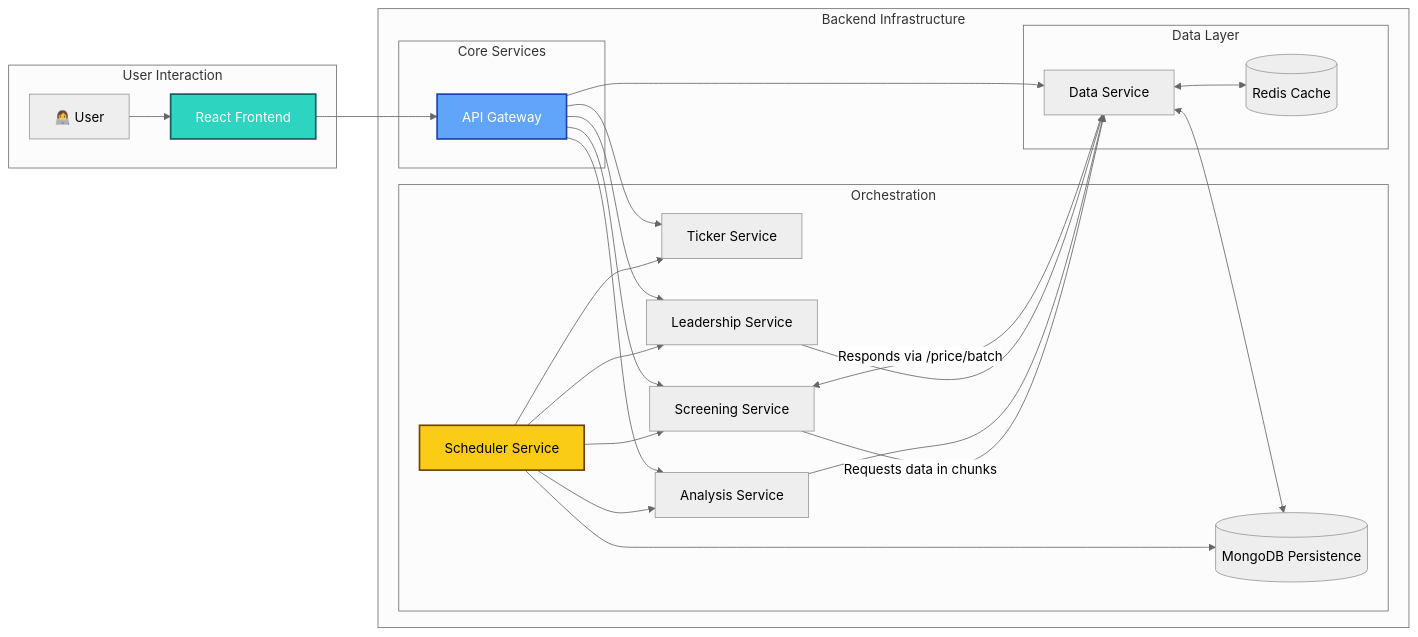
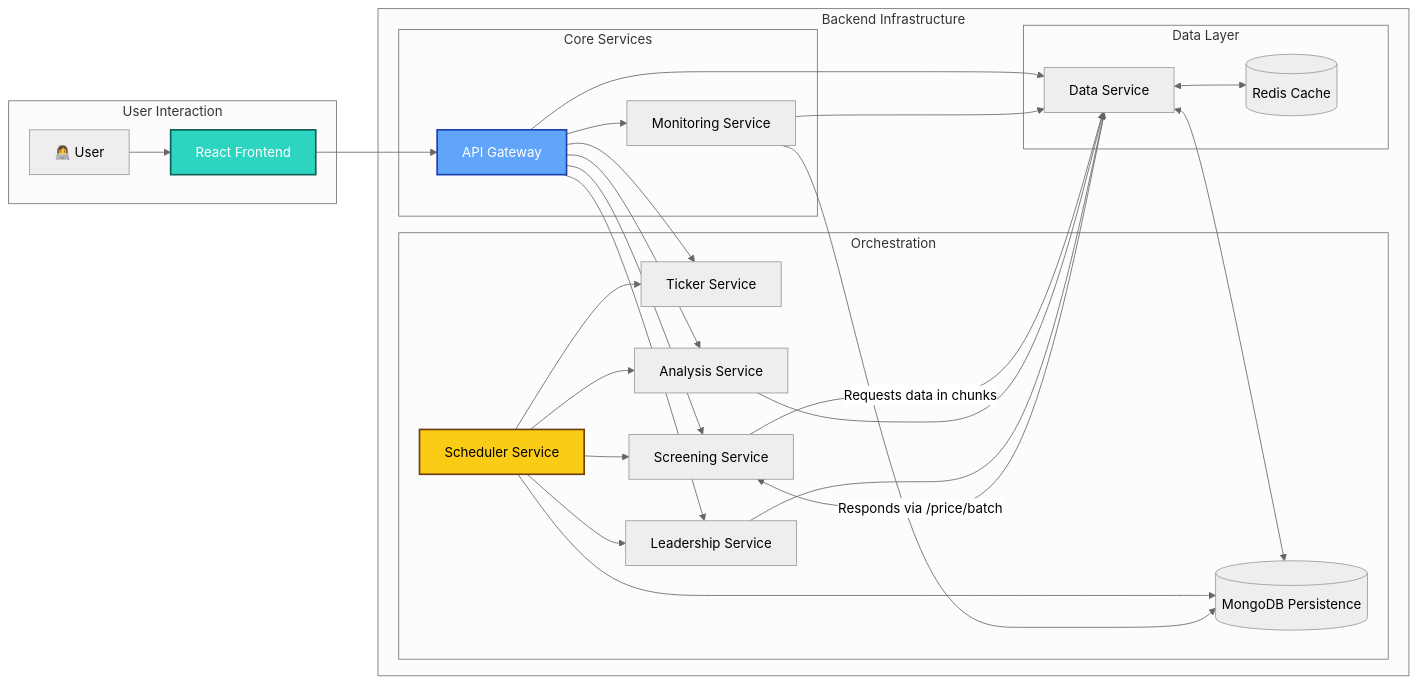
One commit to lam200213/Catalyst-Engine changed the diagram in README.md. Above: the diagram before and after it, drawn with Mermaid (neutral theme). The commit also changed other lines of this file and 13 other files, not shown here.

Commit message:
Develop monitoring-service Day 4-5: constructed the UI; implement cache coverage validation, update price single and batch endpoints to accept query params period and start_date in data-service

````diff
--- a/README.md
+++ b/README.md
@@ -21,39 +22,42 @@
 ```mermaid
 graph LR
     subgraph User Interaction
         User[👩‍💻 User] --> FrontendApp[React Frontend];
     end
 
     subgraph Backend Infrastructure
         FrontendApp --> APIGateway[API Gateway];
         
         subgraph Orchestration
            Scheduler[Scheduler Service] --> TickerService;
            Scheduler --> ScreeningService;
            Scheduler --> AnalysisService;
            Scheduler --> LeadershipService;
            Scheduler --> MongoDB;
         end
 
         subgraph Core Services
             APIGateway --> TickerService[Ticker Service];
             APIGateway --> ScreeningService[Screening Service];
             APIGateway --> AnalysisService[Analysis Service];
             APIGateway --> LeadershipService[Leadership Service];
+            APIGateway --> MonitoringService[Monitoring Service];
         end
 
         subgraph Data Layer
             APIGateway --> DataService[Data Service];
             ScreeningService -- "Requests data in chunks" --> DataService;
             DataService -- "Responds via /price/batch" --> ScreeningService;
             AnalysisService --> DataService;
             LeadershipService --> DataService;
+            MonitoringService --> DataService;
+            MonitoringService --> MongoDB;
             DataService <--> Redis[(Redis Cache)];
             DataService <--> MongoDB[(MongoDB Persistence)];
         end
     end
 
     style FrontendApp fill:#2dd4bf,stroke:#115e59,stroke-width:2px,color:#fff
     style APIGateway fill:#60a5fa,stroke:#1e40af,stroke-width:2px,color:#fff
     style Scheduler fill:#facc15,stroke:#713f12,stroke-width:2px,color:#000
 ```
````
